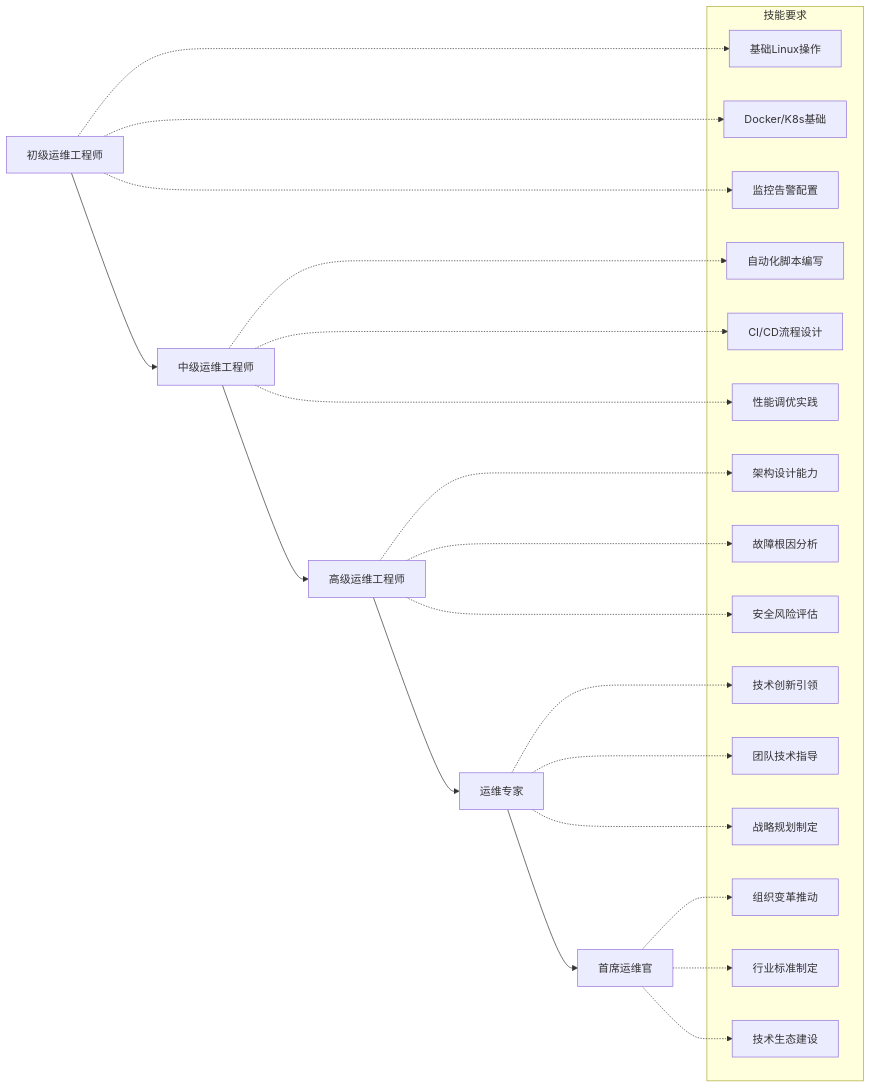
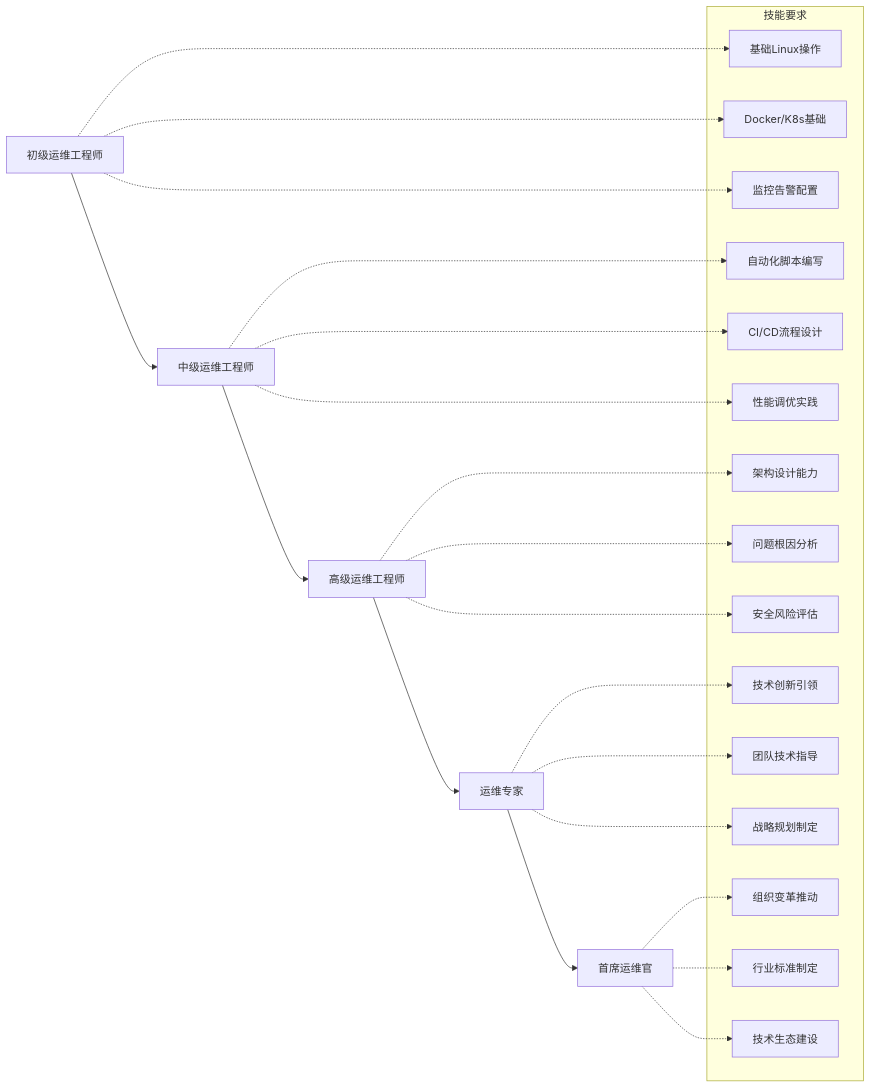
One commit to kudig-io/kudig-database changed the second of 3 diagrams in domain-17-system-foundation/topic-dictionary/operations/enterprise-ops-practices.md. Above: the diagram before and after it, drawn with Mermaid. The commit also changed other lines of this file and 1236 other files, not shown here.

````diff
--- a/domain-17-system-foundation/topic-dictionary/operations/enterprise-ops-practices.md
+++ b/domain-17-system-foundation/topic-dictionary/operations/enterprise-ops-practices.md
@@ -1313,35 +1313,35 @@
 ```mermaid
 graph LR
     A[初级运维工程师] --> B[中级运维工程师]
     B --> C[高级运维工程师]
     C --> D[运维专家]
     D --> E[首席运维官]
     
     subgraph 技能要求
         A1[基础Linux操作]
         A2[Docker/K8s基础]
         A3[监控告警配置]
         
         B1[自动化脚本编写]
         B2[CI/CD流程设计]
         B3[性能调优实践]
         
         C1[架构设计能力]
-        C2[故障根因分析]
+        C2[问题根因分析]
         C3[安全风险评估]
         
         D1[技术创新引领]
         D2[团队技术指导]
         D3[战略规划制定]
         
         E1[组织变革推动]
         E2[行业标准制定]
         E3[技术生态建设]
     end
     
     A -.-> A1 & A2 & A3
     B -.-> B1 & B2 & B3
     C -.-> C1 & C2 & C3
     D -.-> D1 & D2 & D3
     E -.-> E1 & E2 & E3
 ```
````
